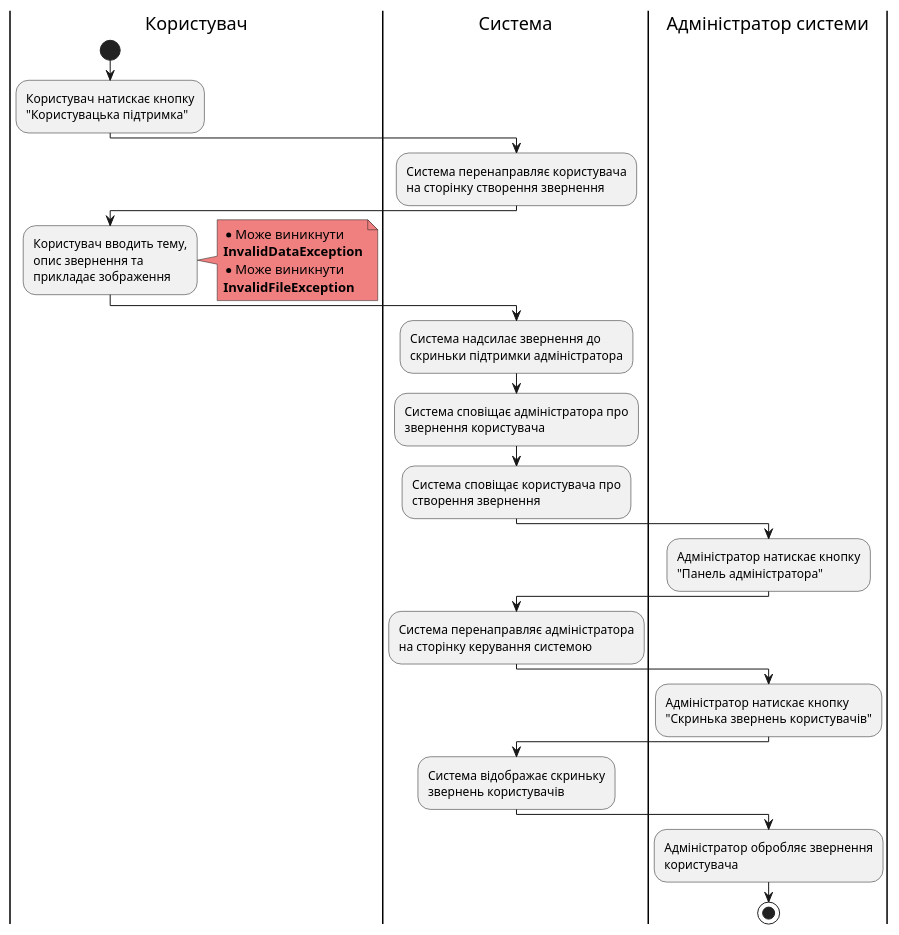
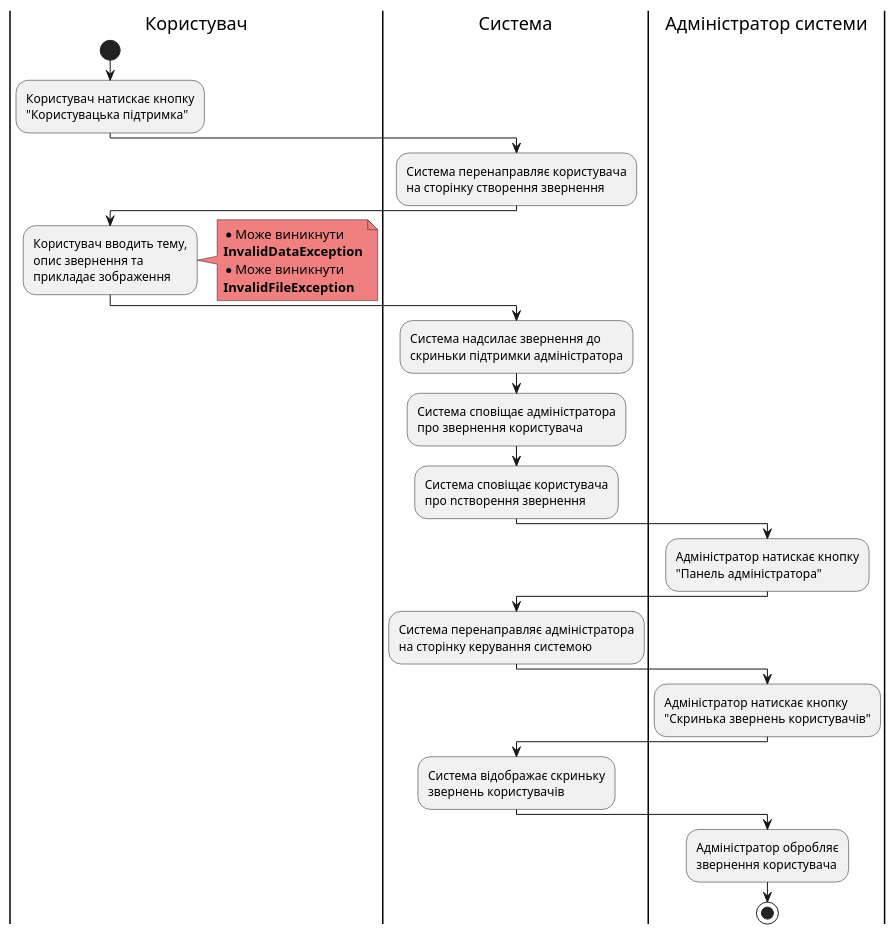
One commit to samoilenkomariia/db-coursework changed the ninth of 9 diagrams in docs/use cases/README.md. Above: the diagram before and after it, drawn with PlantUML. The commit also changed other lines of this file, not shown here.

```diff
--- a/docs/use cases/README.md
+++ b/docs/use cases/README.md
@@ -354,32 +354,32 @@
 @startuml
     
       |Користувач|
       start
       :Користувач натискає кнопку\n"Користувацька підтримка";
       |Система|
       :Система перенаправляє користувача\nна сторінку створення звернення;
       |Користувач|
       :Користувач вводить тему,\nопис звернення та\nприкладає зображення;
       note right #lightcoral
         * Може виникнути
         <b>InvalidDataException</b>
         * Може виникнути
         <b>InvalidFileException</b>
       end note
       |Система|
       :Система надсилає звернення до\nскриньки підтримки адміністратора;
-      :Система сповіщає адміністратора про\nзвернення користувача;
-      :Система сповіщає користувача про\nстворення звернення;
+      :Система сповіщає адміністратора\nпро звернення користувача;
+      :Система сповіщає користувача\nпро nстворення звернення;
       |Адміністратор системи|
       :Адміністратор натискає кнопку\n"Панель адміністратора";
       |Система|
       :Система перенаправляє адміністратора\nна сторінку керування системою;
       |Адміністратор системи|
       :Адміністратор натискає кнопку\n"Скринька звернень користувачів";
       |Система|
       :Система відображає скриньку\nзвернень користувачів;
       |Адміністратор системи|
-      :Адміністратор обробляє звернення\nкористувача;
+      :Адміністратор обробляє\nзвернення користувача;
       stop
 
 @enduml
```
